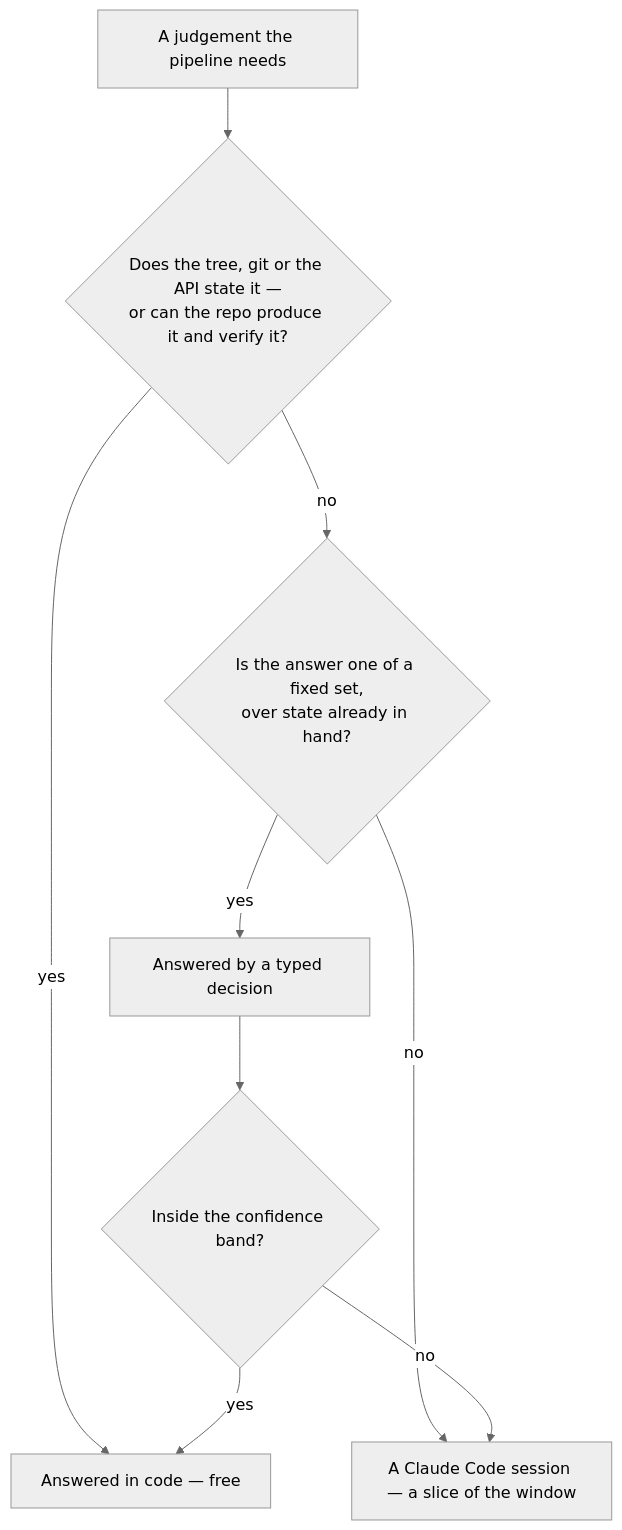
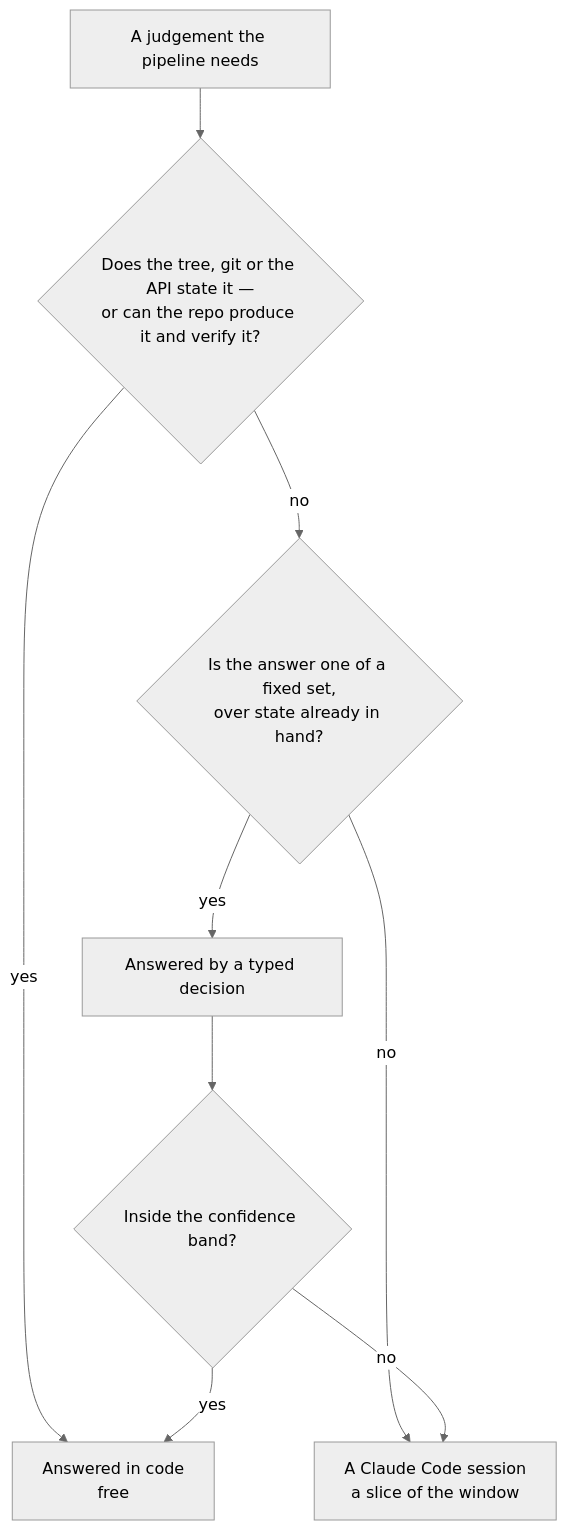
Before and after one commit to Esposter/Esposter: the diagram in openspec/specs/infra/typed-decisions/design.md, drawn with Mermaid (neutral theme). The commit also changed 2 other files, not shown here.

First paragraph of the commit message:
docs(infra): sweep the twenty-first sitting of the infra area
A diagram label reduced to a name with its line break, a removed history clause about the bot's path filters, and two labels in typed-decisions reduced to a name with one qualifier. The page statements are unchanged.

````diff
--- a/openspec/specs/infra/typed-decisions/design.md
+++ b/openspec/specs/infra/typed-decisions/design.md
@@ -7,19 +7,19 @@
 ```mermaid
 flowchart TD
     Question[A judgement the pipeline needs]
     Deterministic{Does the tree, git or the API state it —<br/>or can the repo produce it and verify it?}
     Typed{Is the answer one of a fixed set,<br/>over state already in hand?}
     Confident{Inside the confidence band?}
-    Code[Answered in code — free]
+    Code[Answered in code<br/>free]
     Jev[Answered by a typed decision]
-    Session[A Claude Code session — a slice of the window]
+    Session[A Claude Code session<br/>a slice of the window]
 
     Question --> Deterministic
     Deterministic -- yes --> Code
     Deterministic -- no --> Typed
     Typed -- no --> Session
     Typed -- yes --> Jev
     Jev --> Confident
     Confident -- yes --> Code
     Confident -- no --> Session
 ```
````
